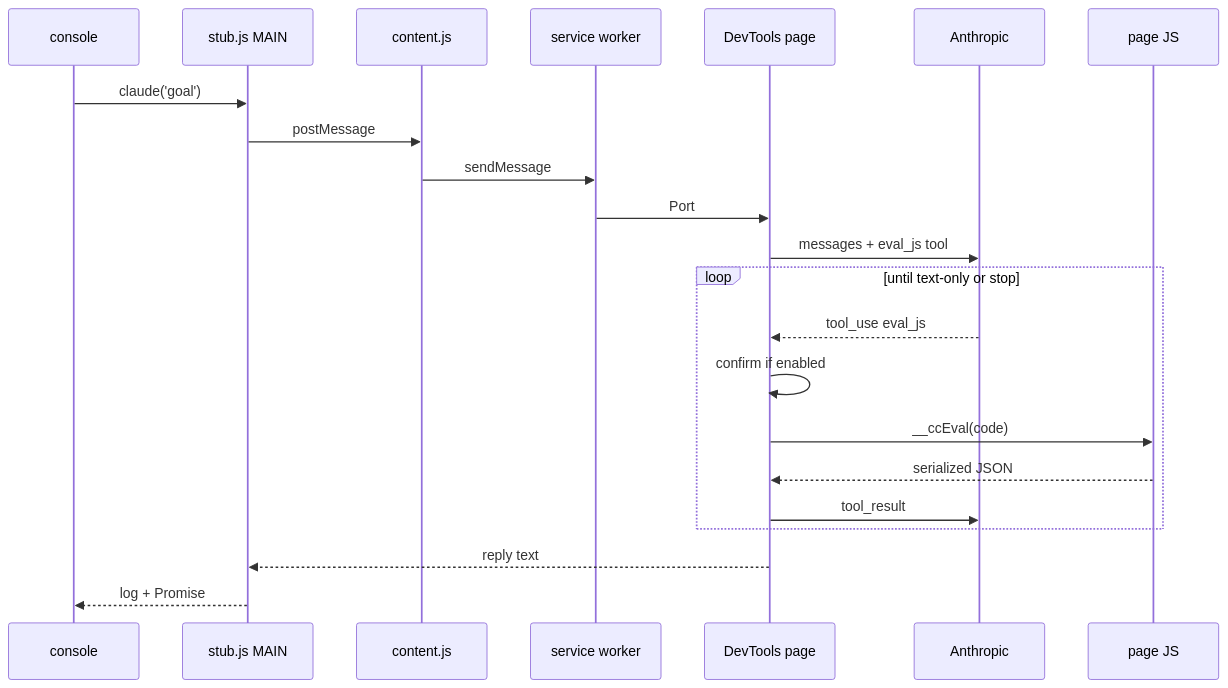
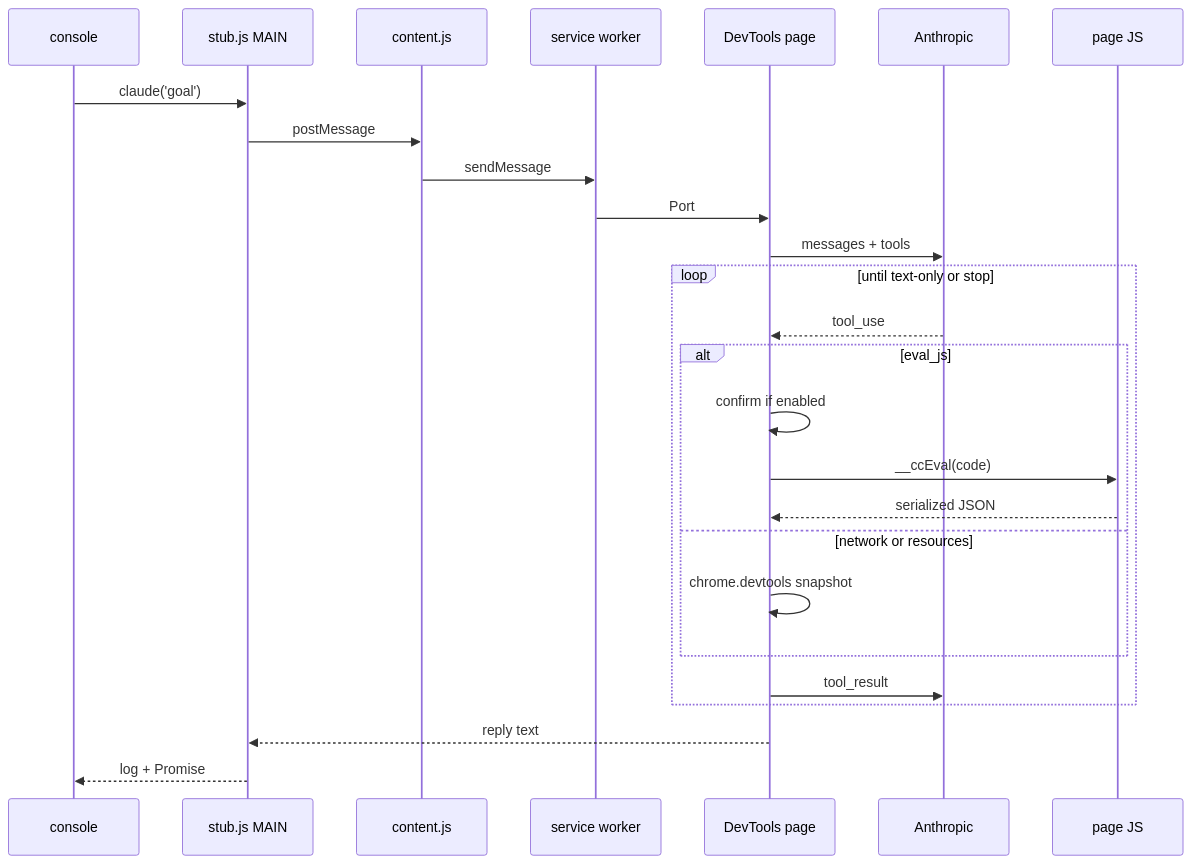
Before and after one commit to AlessandroAnnini/console-claude: the second of 2 diagrams in docs/architecture.md, drawn with Mermaid. The commit also changed other lines of this file and 16 other files, not shown here.

````diff
--- a/docs/architecture.md
+++ b/docs/architecture.md
@@ -38,25 +39,29 @@
 ```mermaid
 sequenceDiagram
   participant C as console
   participant S as stub.js MAIN
   participant I as content.js
   participant W as service worker
   participant D as DevTools page
   participant A as Anthropic
   participant P as page JS
 
   C->>S: claude('goal')
   S->>I: postMessage
   I->>W: sendMessage
   W->>D: Port
-  D->>A: messages + eval_js tool
+  D->>A: messages + tools
   loop until text-only or stop
-    A-->>D: tool_use eval_js
-    D->>D: confirm if enabled
-    D->>P: __ccEval(code)
-    P-->>D: serialized JSON
+    A-->>D: tool_use
+    alt eval_js
+      D->>D: confirm if enabled
+      D->>P: __ccEval(code)
+      P-->>D: serialized JSON
+    else network or resources
+      D->>D: chrome.devtools snapshot
+    end
     D->>A: tool_result
   end
   D-->>S: reply text
   S-->>C: log + Promise
 ```
````
